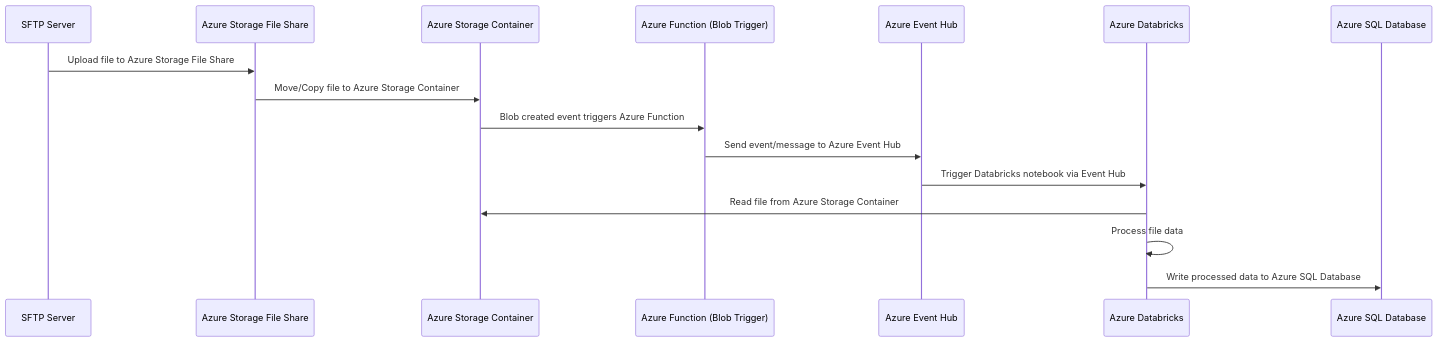
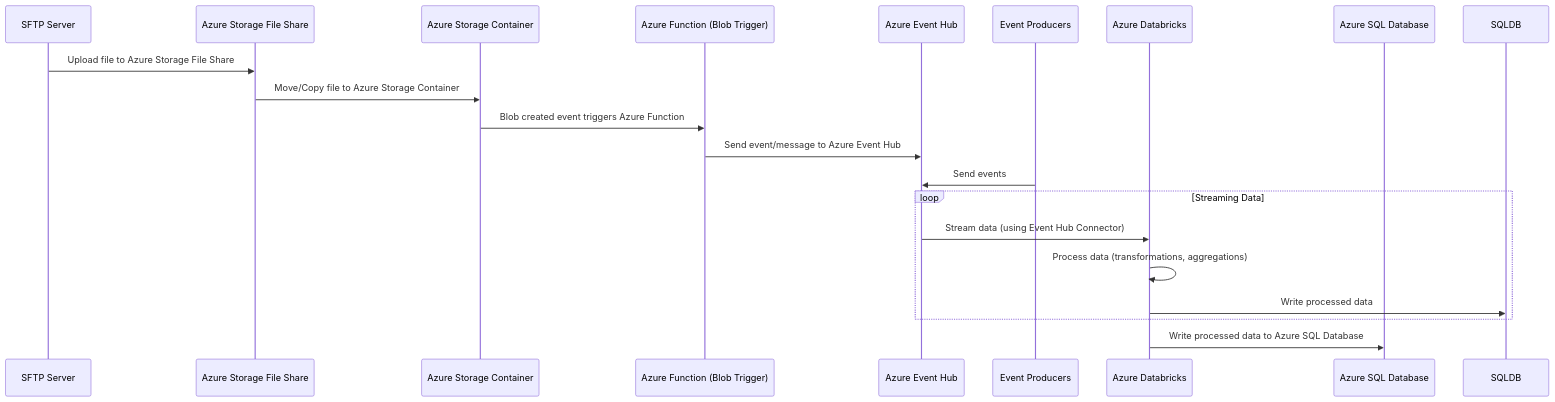
Before and after one commit to oigbokwe73/Data-Ingestion-into-Databricks: the diagram in README.md, drawn with Mermaid. The commit also changed other lines of this file, not shown here.

````diff
--- a/README.md
+++ b/README.md
@@ -4,19 +4,22 @@
 ```mermaid
 sequenceDiagram
     participant SFTP as SFTP Server
     participant FileShare as Azure Storage File Share
     participant BlobStorage as Azure Storage Container
     participant Func as Azure Function (Blob Trigger)
     participant EventHub as Azure Event Hub
+    participant Producer as Event Producers
     participant Databricks as Azure Databricks
     participant SQL as Azure SQL Database
 
     SFTP->>FileShare: Upload file to Azure Storage File Share
     FileShare->>BlobStorage: Move/Copy file to Azure Storage Container
     BlobStorage->>Func: Blob created event triggers Azure Function
     Func->>EventHub: Send event/message to Azure Event Hub
-    EventHub->>Databricks: Trigger Databricks notebook via Event Hub
-    Databricks->>BlobStorage: Read file from Azure Storage Container
-    Databricks->>Databricks: Process file data
-    Databricks->>SQL: Write processed data to Azure SQL Database
+   Producer->>EventHub: Send events
+    loop Streaming Data
+        EventHub->>Databricks: Stream data (using Event Hub Connector)
+        Databricks->>Databricks: Process data (transformations, aggregations)
+        Databricks->>SQLDB: Write processed data
+    end   Databricks->>SQL: Write processed data to Azure SQL Database
 ```
````
